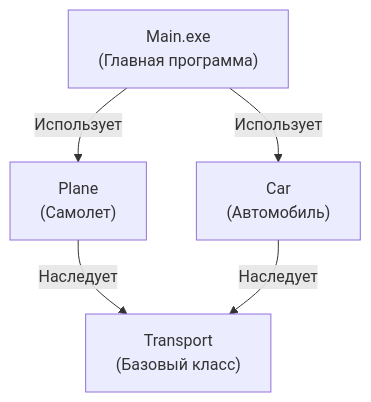
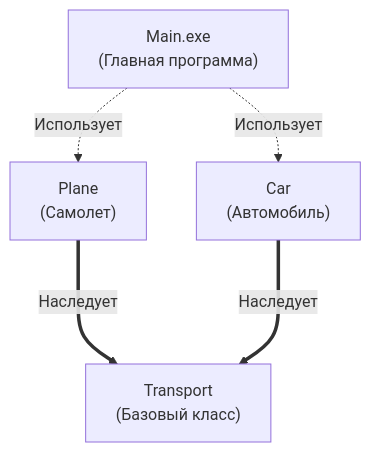
One commit to nopleassure/Lab-5 changed the second of 3 diagrams in README.md. Above: the diagram before and after it, drawn with Mermaid. The commit also changed other lines of this file, not shown here.

````diff
--- a/README.md
+++ b/README.md
@@ -170,14 +170,14 @@
 ```mermaid
 graph TD
     %% Узлы (компоненты)
     Main[" Main.exe<br>(Главная программа)"]
     Plane[" Plane<br>(Самолет)"]
     Car[" Car<br>(Автомобиль)"]
     Transport["Transport<br>(Базовый класс)"]
 
     %% Зависимости компонентов
-    Main -->|Использует| Plane
-    Main -->|Использует| Car
-    Plane -->|Наследует| Transport
-    Car -->|Наследует| Transport
+    Main -.->|Использует| Plane
+    Main -.->|Использует| Car
+    Plane ===>|Наследует| Transport
+    Car ===> |Наследует| Transport
 ```
````
